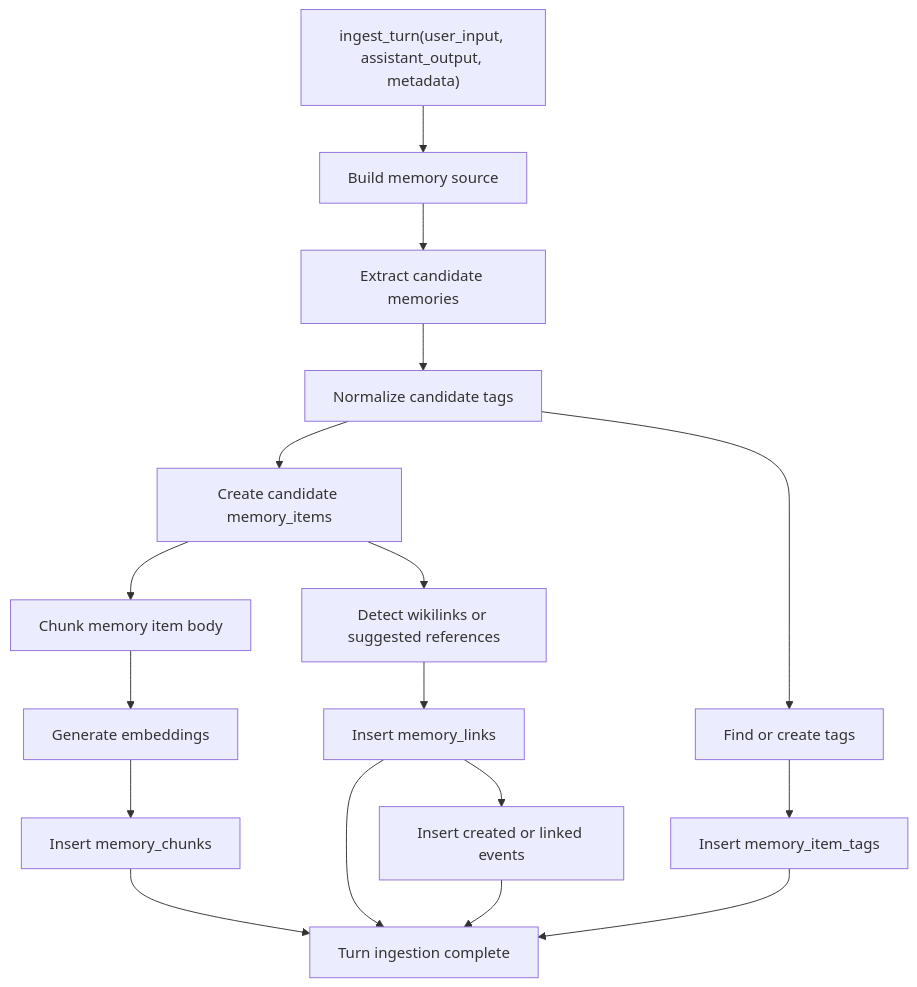
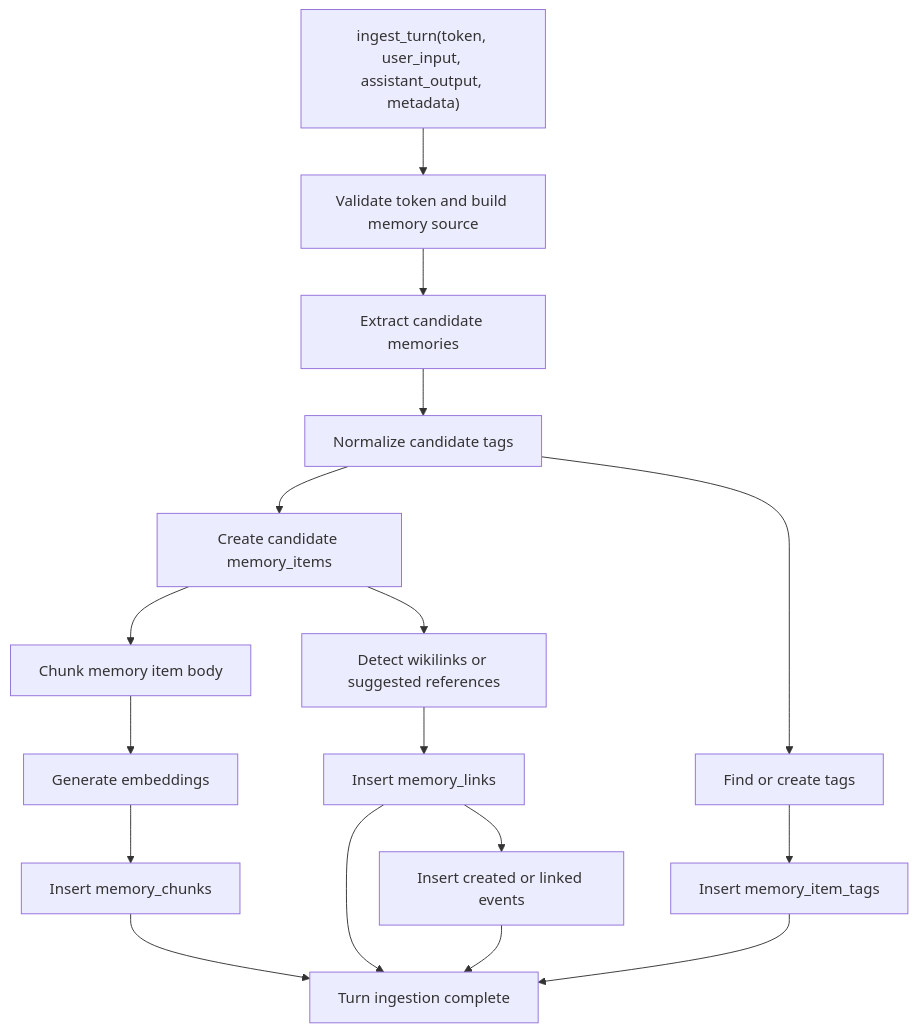
Before and after one commit to Oceankj/second_brain: the third of 9 diagrams in docs/lifecycle.md, drawn with Mermaid. The commit also changed other lines of this file and 54 other files, not shown here.

````diff
--- a/docs/lifecycle.md
+++ b/docs/lifecycle.md
@@ -58,23 +58,23 @@
 ```mermaid
 flowchart TD
-  ingest["ingest_turn(user_input, assistant_output, metadata)"] --> source["Build memory source"]
+  ingest["ingest_turn(token, user_input, assistant_output, metadata)"] --> source["Validate token and build memory source"]
   source --> extract["Extract candidate memories"]
   extract --> normalizeTags["Normalize candidate tags"]
 
   normalizeTags --> noteCandidate["Create candidate memory_items"]
   noteCandidate --> chunk["Chunk memory item body"]
   chunk --> embed["Generate embeddings"]
   embed --> saveChunks["Insert memory_chunks"]
 
   normalizeTags --> findTags["Find or create tags"]
   findTags --> itemTags["Insert memory_item_tags"]
 
   noteCandidate --> detectLinks["Detect wikilinks or suggested references"]
   detectLinks --> saveLinks["Insert memory_links"]
 
   saveChunks --> done["Turn ingestion complete"]
   itemTags --> done
   saveLinks --> done
   saveLinks --> logWriteEvents["Insert created or linked events"]
   logWriteEvents --> done
 ```
````
